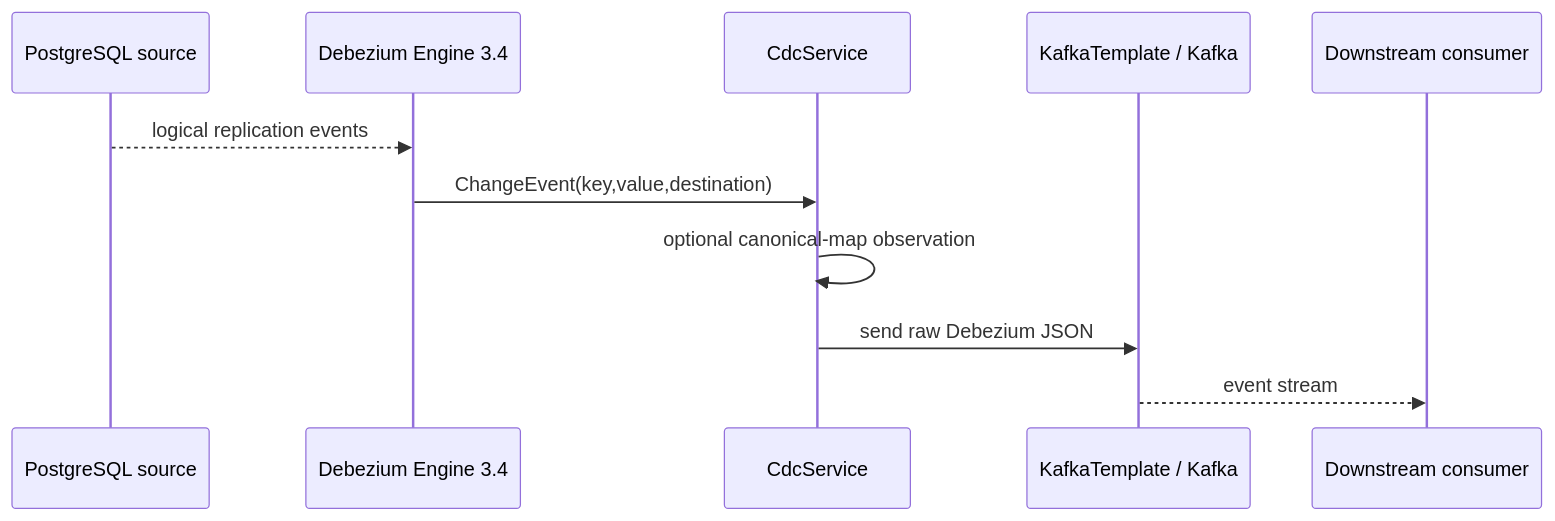
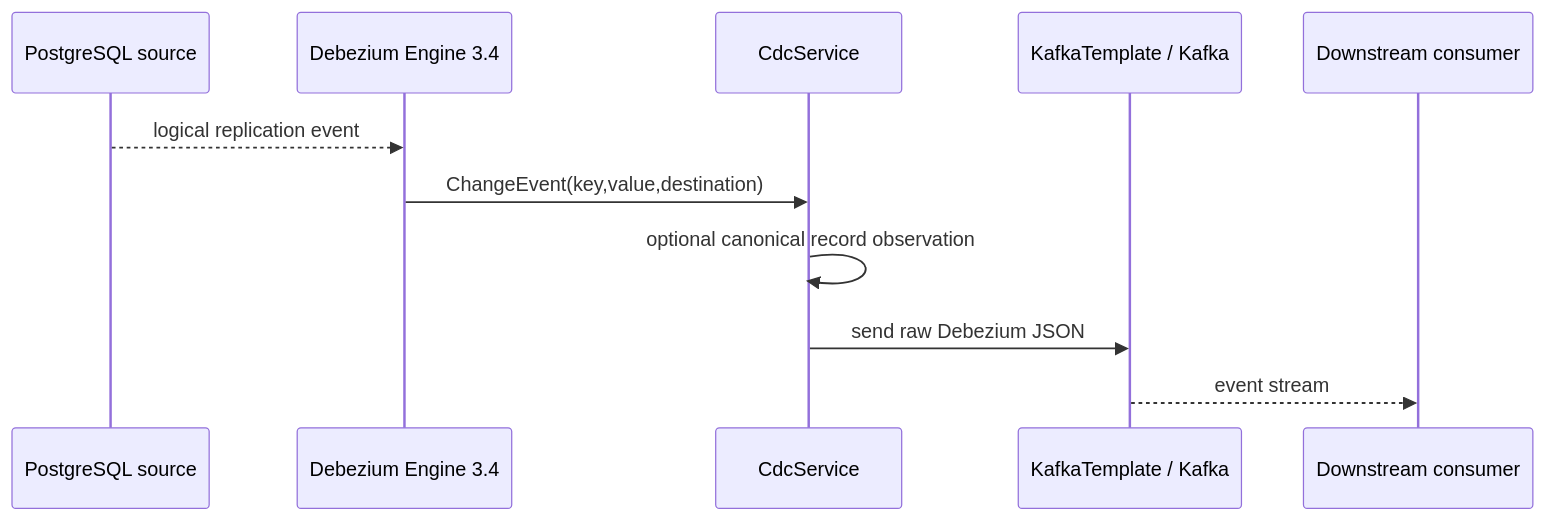
The sixth of 9 diagrams in ARCHITECTURE.md (ContextualWisdomLab/mightyETL), drawn with Mermaid before and after one commit. The commit also changed other lines of this file, not shown here.

Commit message:
docs: add cross-cutting architecture authorities

````diff
--- a/ARCHITECTURE.md
+++ b/ARCHITECTURE.md
@@ -156,14 +150,14 @@
 ```mermaid
 sequenceDiagram
     participant PG as PostgreSQL source
-    participant D as Debezium Engine 3.4
+    participant DBZ as Debezium Engine 3.4
     participant CS as CdcService
     participant K as KafkaTemplate / Kafka
     participant DC as Downstream consumer
 
-    PG-->>D: logical replication events
-    D->>CS: ChangeEvent(key,value,destination)
-    CS->>CS: optional canonical-map observation
+    PG-->>DBZ: logical replication event
+    DBZ->>CS: ChangeEvent(key,value,destination)
+    CS->>CS: optional canonical record observation
     CS->>K: send raw Debezium JSON
     K-->>DC: event stream
 ```
````
